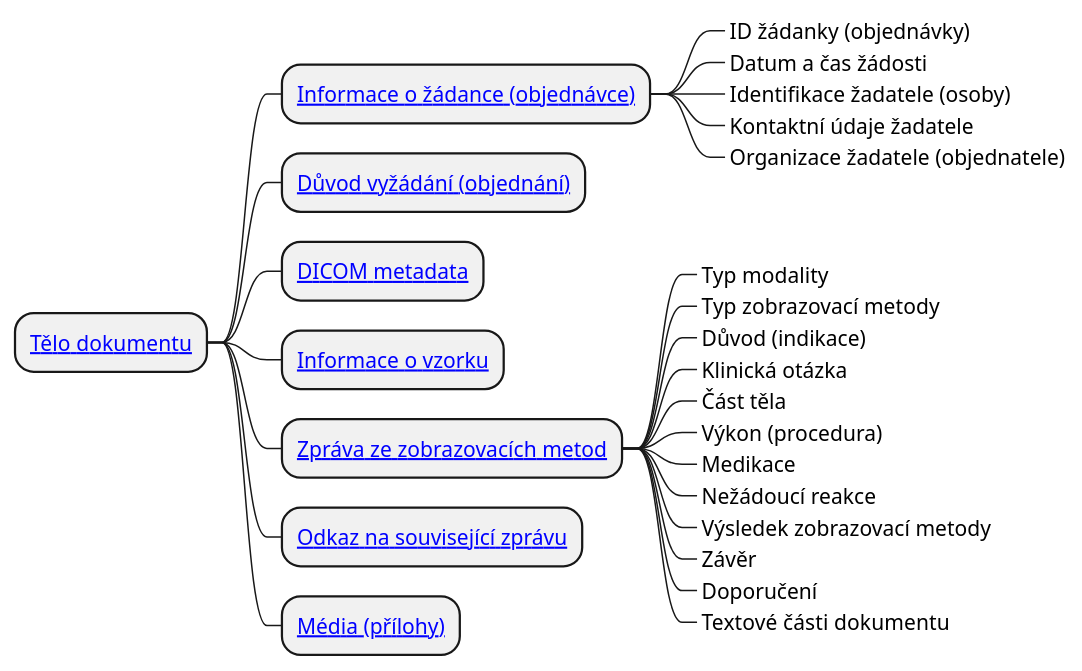
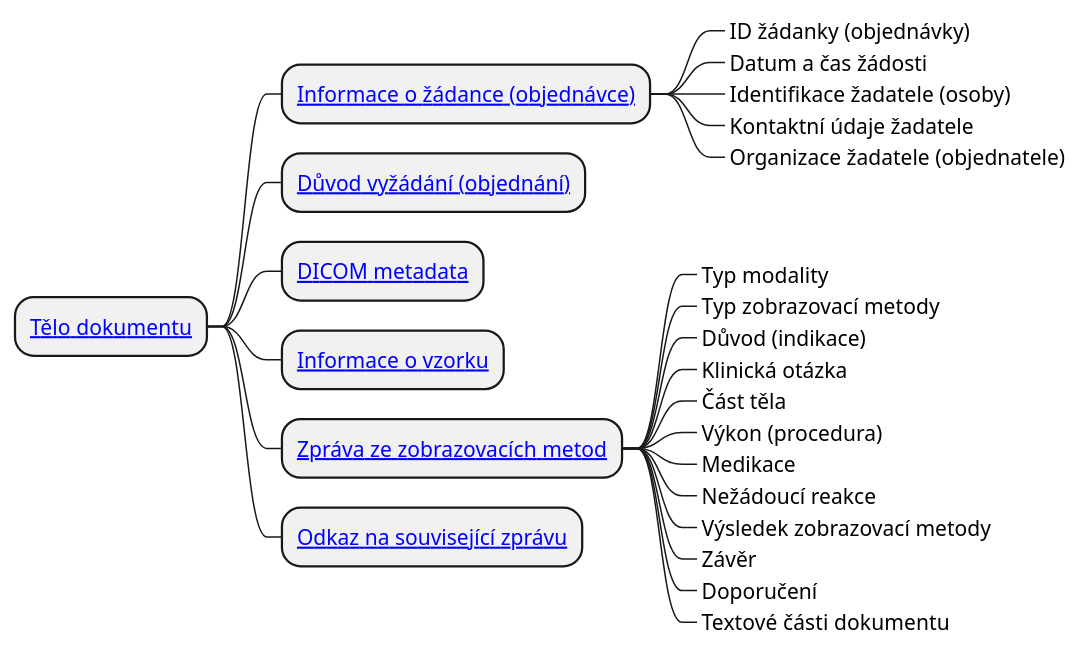
The diagram in input/images-source/imgReportBody_CIM-cs.plantuml (HL7-cz/img), drawn with PlantUML before and after one commit. The commit also changed 9 other files, not shown here.

```diff
--- a/input/images-source/imgReportBody_CIM-cs.plantuml
+++ b/input/images-source/imgReportBody_CIM-cs.plantuml
@@ -1,69 +1,69 @@
 @startmindmap
 skinparam topurl StructureDefinition-
 
 * [[BodyImagingReportCz.html Tělo dokumentu]]
 ** [[InformationAboutOrder.html Informace o žádance (objednávce)]]
 ***_ ID žádanky (objednávky)
 ***_ Datum a čas žádosti
 ***_ Identifikace žadatele (osoby)
 ***_ Kontaktní údaje žadatele
 ***_ Organizace žadatele (objednatele)
 ** [[ReasonForAdmision.html Důvod vyžádání (objednání)]]
 ** [[DICOMMetadata.html DICOM metadata]]
 ** [[SpecimenInformation.html Informace o vzorku]]
 ** [[ReportOfImagingMethod.html Zpráva ze zobrazovacích metod]]
 ***_ Typ modality
 ***_ Typ zobrazovací metody
 ***_ Důvod (indikace)
 ***_ Klinická otázka
 ***_ Část těla
 ***_ Výkon (procedura)
 ***_ Medikace
 ***_ Nežádoucí reakce
 ***_ Výsledek zobrazovací metody
 ***_ Závěr
 ***_ Doporučení
 ***_ Textové části dokumentu
 ** [[LinkToRelatedReport.html Odkaz na související zprávu]]
-** [[Attachments.html Média (přílohy)]]
+'** [[Attachments.html Média (přílohy)]]
 
 /'***_ Order placer
 ***_ Order reason text
 ***_ Order reason
 ***_ Clinical question
 ***_ Supporting information
 ****_ Observation
 ****_ Condition
 ****_ Medication Administration
 ****_ Devices
 ****_ Pregnancy status
 ****_ Gestational age
 ****_ Sex for clinical use
 ****_ Other supporting information
 ** Specimen
 ** Service request
 ** Exposure information
 ***_ Effective dose
 ***_ Equivalent dose information
 ****_ Equivalent dose
 ****_ Tissue type
 ** Examination Report
 ***_ Modality
 ***_ Body part
 ****_ Body location
 ****_ Laterality
 ***_ Imaging procedures
 ***_ Medication
 ***_ Adverse reaction
 ***_ Result data
 ****_ Result text
 ****_ Observation results
 ***_ Conclusion
 ****_ Impression
 ****_ Condition or finding
 ** Recommendation
 ***_ Description
 ***_ Care plan
 ** Comparison Study
 '/
 @endmindmap
```
